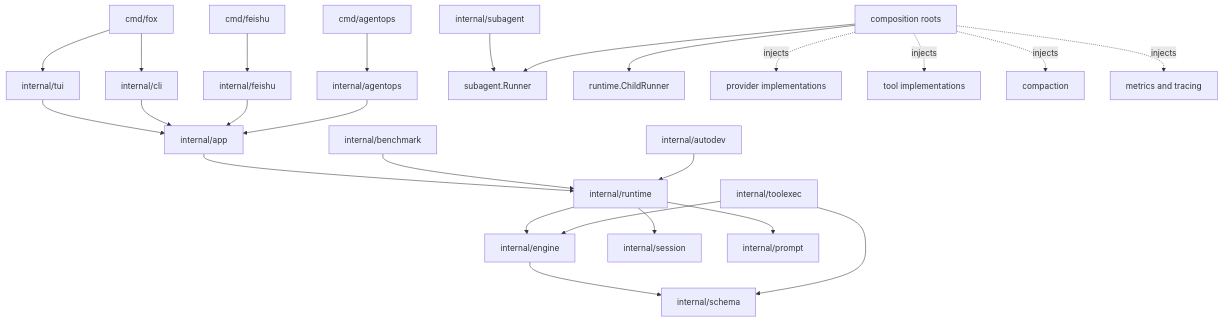
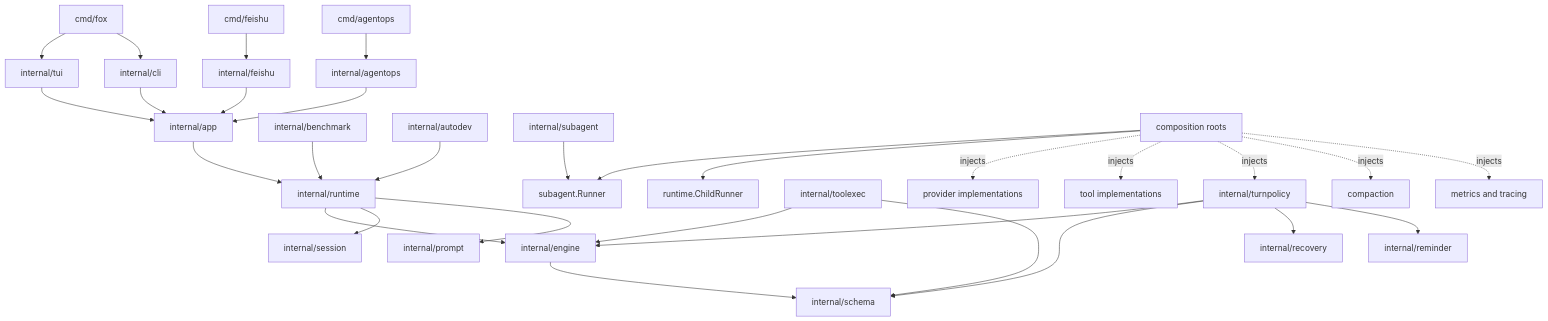
Before and after one commit to Zts0hg/foxharness: the first of 3 diagrams in docs/package-dependencies.md, drawn with Mermaid. The commit also changed other lines of this file and 8 other files, not shown here.

````diff
--- a/docs/package-dependencies.md
+++ b/docs/package-dependencies.md
@@ -7,33 +7,38 @@
 ```mermaid
 flowchart TD
     FOX[cmd/fox] --> TUI[internal/tui]
     FOX --> CLI[internal/cli]
     FEICMD[cmd/feishu] --> FEI[internal/feishu]
     AOPCMD[cmd/agentops] --> AOP[internal/agentops]
 
     TUI --> APP[internal/app]
     CLI --> APP
     FEI --> APP
     AOP --> APP
     APP --> RUNTIME[internal/runtime]
 
     BEN[internal/benchmark] --> RUNTIME
     AUT[internal/autodev] --> RUNTIME
 
     SUB[internal/subagent] --> RUNNER[subagent.Runner]
     WIRE[composition roots] --> RUNNER
     WIRE --> CHILD[runtime.ChildRunner]
 
     RUNTIME --> ENGINE[internal/engine]
     RUNTIME --> SESSION[internal/session]
     RUNTIME --> PROMPT[internal/prompt]
     ENGINE --> SCHEMA[internal/schema]
 
     TOOLEXEC[internal/toolexec] --> ENGINE
-	TOOLEXEC --> SCHEMA
+    TOOLEXEC --> SCHEMA
+    TURNPOLICY[internal/turnpolicy] --> ENGINE
+    TURNPOLICY --> SCHEMA
+    TURNPOLICY --> RECOVERY[internal/recovery]
+    TURNPOLICY --> REMINDER[internal/reminder]
 
     WIRE -. injects .-> PROVIDER[provider implementations]
     WIRE -. injects .-> TOOLS[tool implementations]
+    WIRE -. injects .-> TURNPOLICY
     WIRE -. injects .-> COMPACTION[compaction]
     WIRE -. injects .-> TELEMETRY[metrics and tracing]
 ```
````
